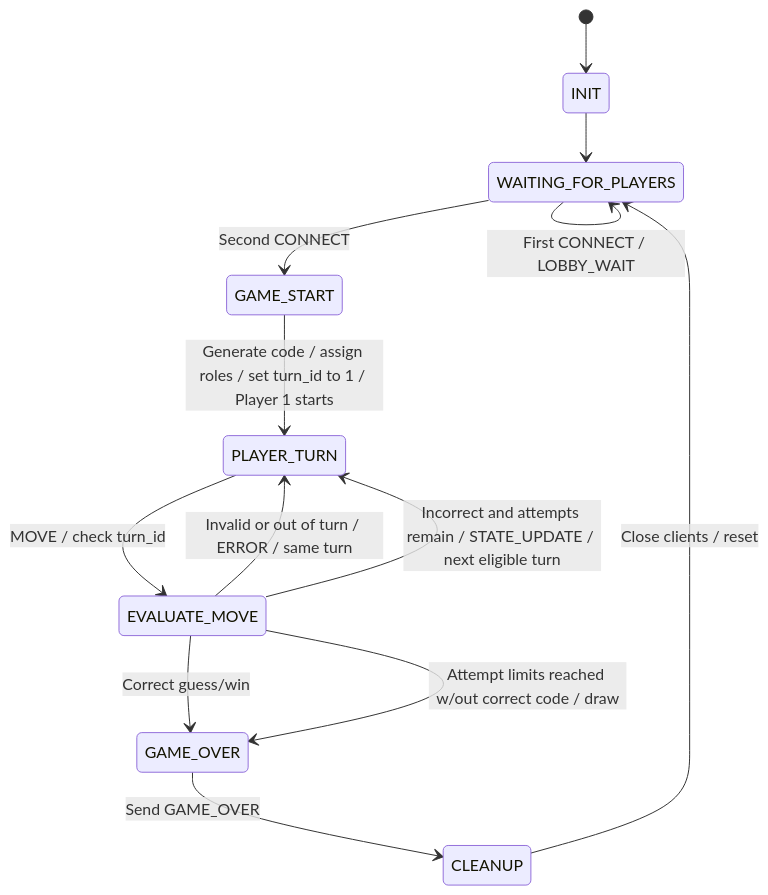
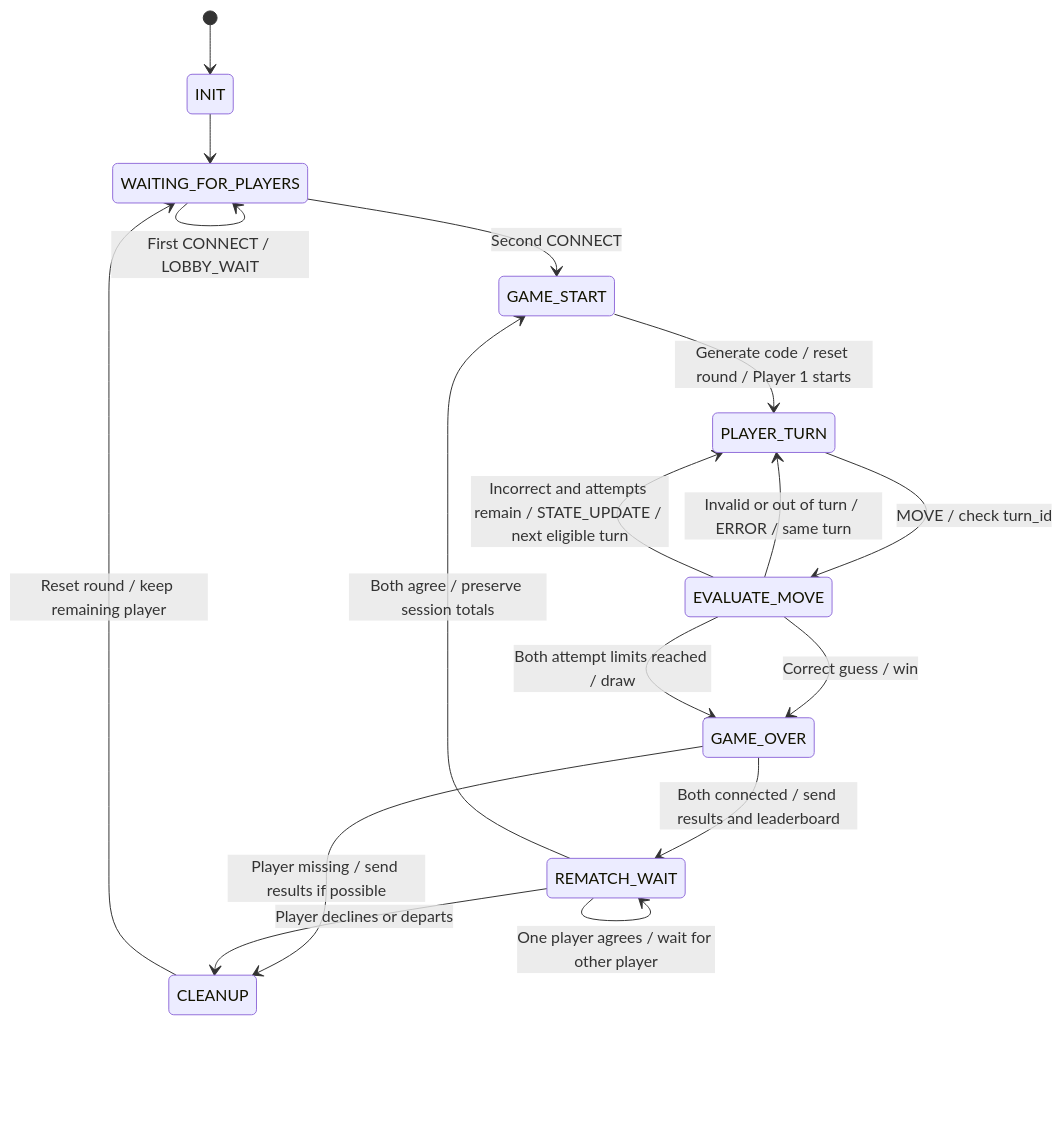
Before and after one commit to ABowSEC/CS457-CodeBreaker: the first of 2 diagrams in docs/fsm_specifications.md, drawn with Mermaid. The commit also changed other lines of this file, not shown here.

Commit message:
updated fsm for leaderboard and rematch plans

````diff
--- a/docs/fsm_specifications.md
+++ b/docs/fsm_specifications.md
@@ -6,20 +6,22 @@
 ```mermaid
 stateDiagram-v2
     direction TB
     [*] --> INIT
     INIT --> WAITING_FOR_PLAYERS
     WAITING_FOR_PLAYERS --> WAITING_FOR_PLAYERS : First CONNECT / LOBBY_WAIT
     WAITING_FOR_PLAYERS --> GAME_START : Second CONNECT
-    GAME_START --> PLAYER_TURN : Generate code / assign roles / set turn_id to 1 / Player 1 starts
+    GAME_START --> PLAYER_TURN : Generate code / reset round / Player 1 starts
 
     PLAYER_TURN --> EVALUATE_MOVE : MOVE / check turn_id
     EVALUATE_MOVE --> PLAYER_TURN : Invalid or out of turn / ERROR / same turn
     EVALUATE_MOVE --> PLAYER_TURN : Incorrect and attempts remain / STATE_UPDATE / next eligible turn
-    
-    EVALUATE_MOVE --> GAME_OVER : Correct guess/win
-    EVALUATE_MOVE --> GAME_OVER : Attempt limits reached w/out correct code / draw
+    EVALUATE_MOVE --> GAME_OVER : Correct guess / win
+    EVALUATE_MOVE --> GAME_OVER : Both attempt limits reached / draw
 
-
-    GAME_OVER --> CLEANUP : Send GAME_OVER
-    CLEANUP --> WAITING_FOR_PLAYERS : Close clients / reset
+    GAME_OVER --> REMATCH_WAIT : Both connected / send results and leaderboard
+    GAME_OVER --> CLEANUP : Player missing / send results if possible
+    REMATCH_WAIT --> REMATCH_WAIT : One player agrees / wait for other player
+    REMATCH_WAIT --> GAME_START : Both agree / preserve session totals
+    REMATCH_WAIT --> CLEANUP : Player declines or departs
+    CLEANUP --> WAITING_FOR_PLAYERS : Reset round / keep remaining player
 ```
````
